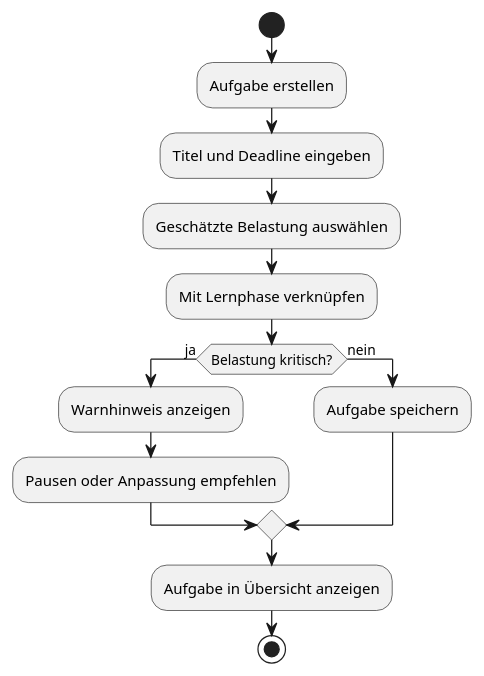
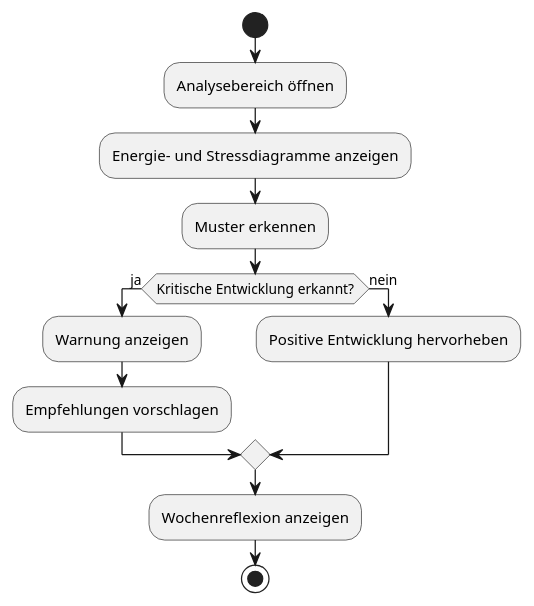
One commit to L4w1n/Software-Engineering-Team-F2 changed the second of 2 diagrams in docs/product/ux_concept.adoc. Above: the diagram before and after it, drawn with PlantUML. The commit also changed other lines of this file, not shown here.

```diff
--- a/docs/product/ux_concept.adoc
+++ b/docs/product/ux_concept.adoc
@@ -203,21 +203,20 @@
 [plantuml, error-flow, svg]
 ....
 @startuml
 skinparam monochrome true
 
 start
-:Aufgabe erstellen;
-:Titel und Deadline eingeben;
-:Geschätzte Belastung auswählen;
-:Mit Lernphase verknüpfen;
-if (Belastung kritisch?) then (ja)
- :Warnhinweis anzeigen;
- :Pausen oder Anpassung empfehlen;
+:Analysebereich öffnen;
+:Energie- und Stressdiagramme anzeigen;
+:Muster erkennen;
+if (Kritische Entwicklung erkannt?) then (ja)
+ :Warnung anzeigen;
+ :Empfehlungen vorschlagen;
 else (nein)
- :Aufgabe speichern;
+ :Positive Entwicklung hervorheben;
 endif
-:Aufgabe in Übersicht anzeigen;
+:Wochenreflexion anzeigen;
 stop
 
 @enduml
 ....
```
